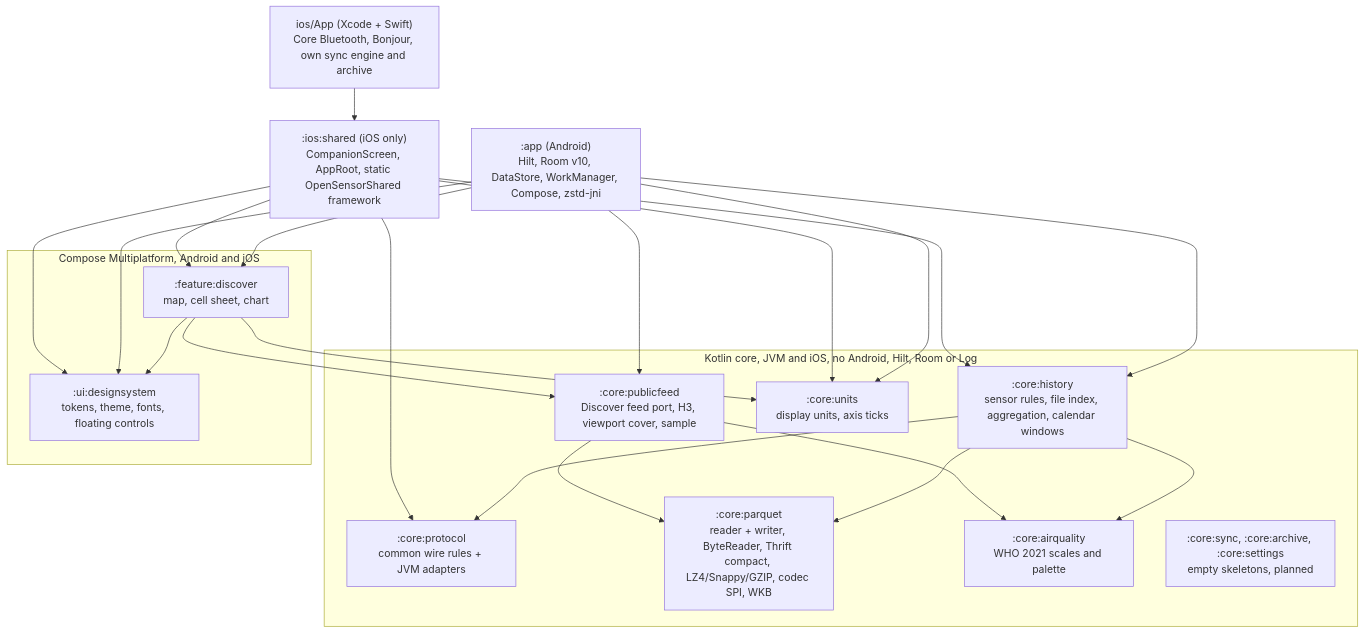
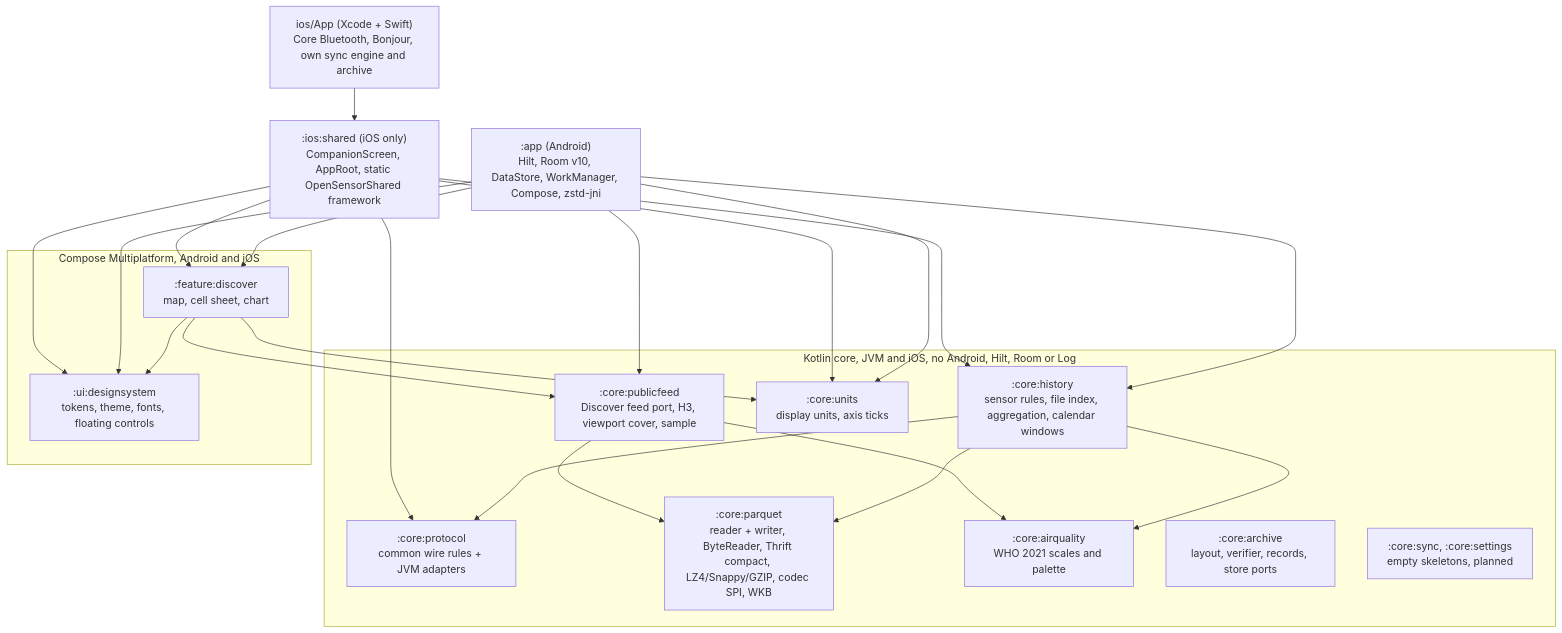
The first of 3 diagrams in docs/architecture.md (walkthru-earth/opensensor-space-mobile), drawn with Mermaid before and after one commit. The commit also changed other lines of this file and 6 other files, not shown here.

First line of the commit message:
Rebuild derived days for the shared RowKey and describe :core:archive in the docs

````diff
--- a/docs/architecture.md
+++ b/docs/architecture.md
@@ -9,25 +9,26 @@
 ```mermaid
 flowchart TB
   subgraph core["Kotlin core, JVM and iOS, no Android, Hilt, Room or Log"]
     PR[":core:protocol<br/>common wire rules + JVM adapters"]
     PQ[":core:parquet<br/>reader + writer, ByteReader, Thrift compact, LZ4/Snappy/GZIP, codec SPI, WKB"]
     AQ[":core:airquality<br/>WHO 2021 scales and palette"]
     HI[":core:history<br/>sensor rules, file index, aggregation, calendar windows"]
     PF[":core:publicfeed<br/>Discover feed port, H3, viewport cover, sample"]
     UN[":core:units<br/>display units, axis ticks"]
-    SK[":core:sync, :core:archive, :core:settings<br/>empty skeletons, planned"]
+    AR1[":core:archive<br/>layout, verifier, records, store ports"]
+    SK[":core:sync, :core:settings<br/>empty skeletons, planned"]
   end
   subgraph ui["Compose Multiplatform, Android and iOS"]
     DS[":ui:designsystem<br/>tokens, theme, fonts, floating controls"]
     DI[":feature:discover<br/>map, cell sheet, chart"]
   end
   APP[":app (Android)<br/>Hilt, Room v10, DataStore, WorkManager, Compose, zstd-jni"]
   IOS["ios/App (Xcode + Swift)<br/>Core Bluetooth, Bonjour, own sync engine and archive"]
   IS[":ios:shared (iOS only)<br/>CompanionScreen, AppRoot, static OpenSensorShared framework"]
   HI --> PQ & PR & AQ
   PF --> PQ & AQ
   DI --> PF & UN & DS
   APP --> HI & PF & UN & DI & DS
   IS --> HI & PR & UN & DI & DS
   IOS --> IS
 ```
````
